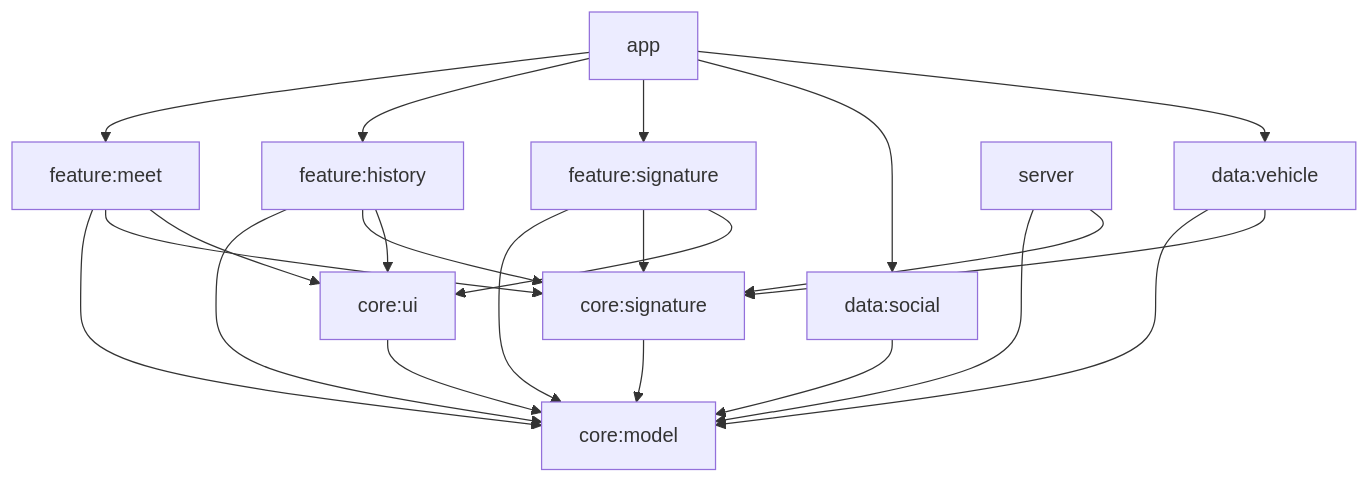
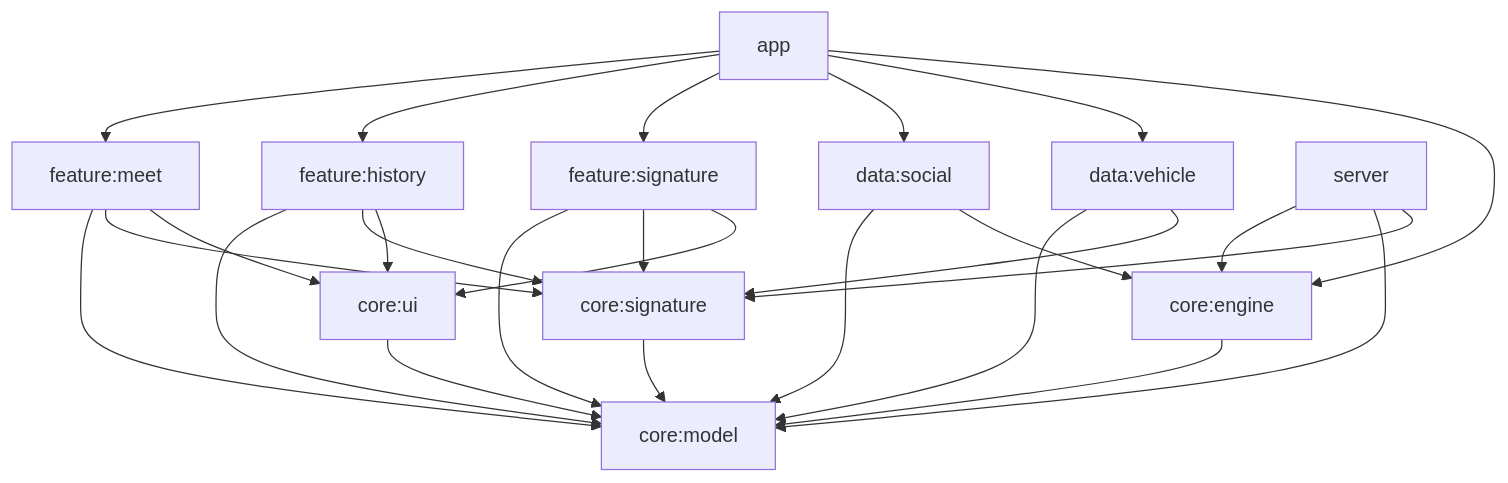
The first of 2 diagrams in docs/architecture.md (kako-labs/chayeon), drawn with Mermaid before and after one commit. The commit also changed other lines of this file and 28 other files, not shown here.

````diff
--- a/docs/architecture.md
+++ b/docs/architecture.md
@@ -30,24 +31,28 @@
 ```mermaid
 flowchart TD
   App[app] --> Meet[feature:meet]
   App --> History[feature:history]
   App --> Sig[feature:signature]
   App --> Social[data:social]
   App --> Vehicle[data:vehicle]
   Meet --> Model[core:model]
   Meet --> SigCore[core:signature]
   Meet --> UI[core:ui]
   History --> Model
   History --> SigCore
   History --> UI
   Sig --> Model
   Sig --> SigCore
   Sig --> UI
+  App --> Engine[core:engine]
   Social --> Model
+  Social --> Engine
+  Engine --> Model
+  Server --> Engine
   Vehicle --> Model
   Vehicle --> SigCore
   SigCore --> Model
   UI --> Model
   Server[server] --> Model
   Server --> SigCore
 ```
````
